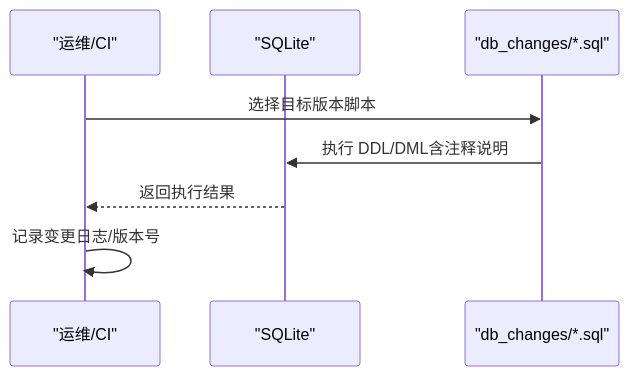
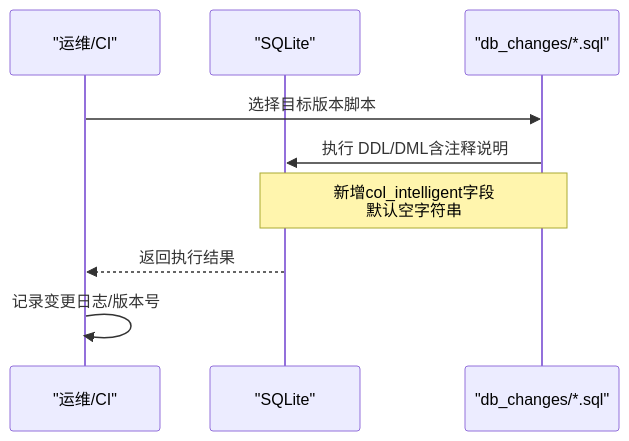
The sixth of 8 diagrams in .qoder/repowiki/zh/content/数据库设计/数据模型设计/数据库架构设计.md (kinke0/ProductList), drawn with Mermaid before and after one commit. The commit also changed other lines of this file and 106 other files, not shown here.

Commit message:
V1.1.0: 修复清单导航树不匹配+统计视图加载遮罩+上下移提示

````diff
--- a/.qoder/repowiki/zh/content/数据库设计/数据模型设计/数据库架构设计.md
+++ b/.qoder/repowiki/zh/content/数据库设计/数据模型设计/数据库架构设计.md
@@ -281,10 +284,11 @@
 ```mermaid
 sequenceDiagram
 participant Ops as "运维/CI"
 participant DB as "SQLite"
 participant Script as "db_changes/*.sql"
 Ops->>Script : 选择目标版本脚本
 Script->>DB : 执行 DDL/DML含注释说明
+Note over Script,DB : 新增col_intelligent字段<br/>默认空字符串
 DB-->>Ops : 返回执行结果
 Ops->>Ops : 记录变更日志/版本号
 ```
````
